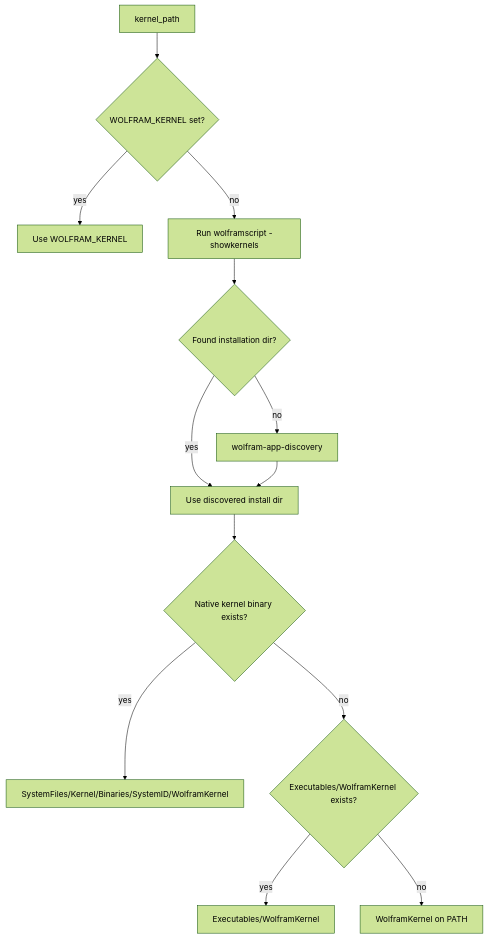
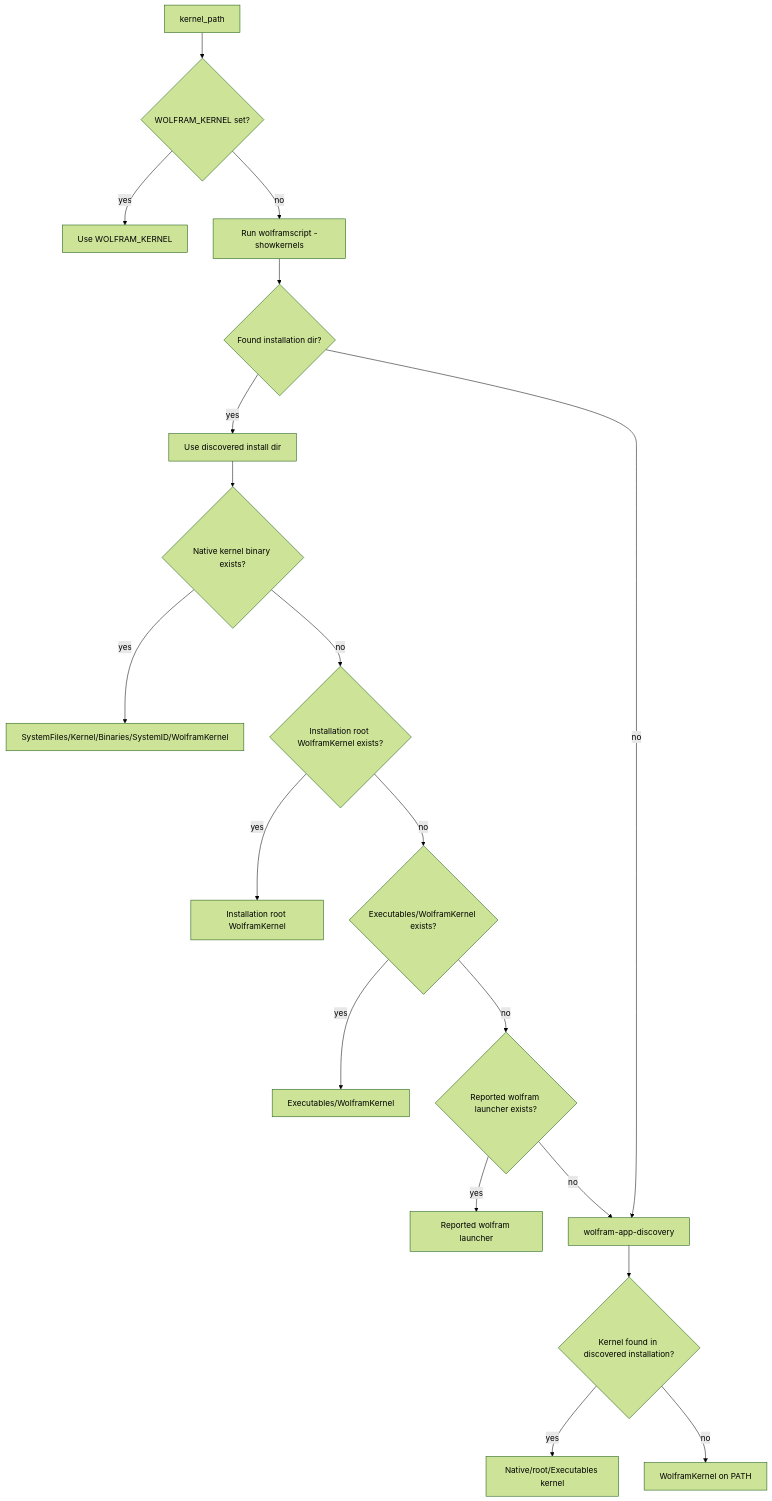
Before and after one commit to ToneAr/wolfram-cli: the third of 15 diagrams in docs/Architecture.md, drawn with Mermaid (forest theme). The commit also changed 5 other files, not shown here.

````diff
--- a/docs/Architecture.md
+++ b/docs/Architecture.md
@@ -78,17 +78,23 @@
 ```mermaid
 flowchart TD
     Start[kernel_path] --> Env{WOLFRAM_KERNEL set?}
     Env -->|yes| EnvPath[Use WOLFRAM_KERNEL]
     Env -->|no| ShowKernels[Run wolframscript -showkernels]
 
     ShowKernels --> ShowOk{Found installation dir?}
     ShowOk -->|yes| InstallDir[Use discovered install dir]
     ShowOk -->|no| AppDiscovery[wolfram-app-discovery]
-    AppDiscovery --> InstallDir
+    AppDiscovery --> AppCandidate{Kernel found in discovered installation?}
+    AppCandidate -->|yes| AppPath[Native/root/Executables kernel]
+    AppCandidate -->|no| PathFallback[WolframKernel on PATH]
 
     InstallDir --> NativeCandidate{Native kernel binary exists?}
     NativeCandidate -->|yes| NativePath[SystemFiles/Kernel/Binaries/SystemID/WolframKernel]
-    NativeCandidate -->|no| ExecCandidate{Executables/WolframKernel exists?}
+    NativeCandidate -->|no| RootCandidate{Installation root WolframKernel exists?}
+    RootCandidate -->|yes| RootPath[Installation root WolframKernel]
+    RootCandidate -->|no| ExecCandidate{Executables/WolframKernel exists?}
     ExecCandidate -->|yes| ExecPath[Executables/WolframKernel]
-    ExecCandidate -->|no| PathFallback[WolframKernel on PATH]
+    ExecCandidate -->|no| ReportedCandidate{Reported wolfram launcher exists?}
+    ReportedCandidate -->|yes| ReportedPath[Reported wolfram launcher]
+    ReportedCandidate -->|no| AppDiscovery
 ```
````
